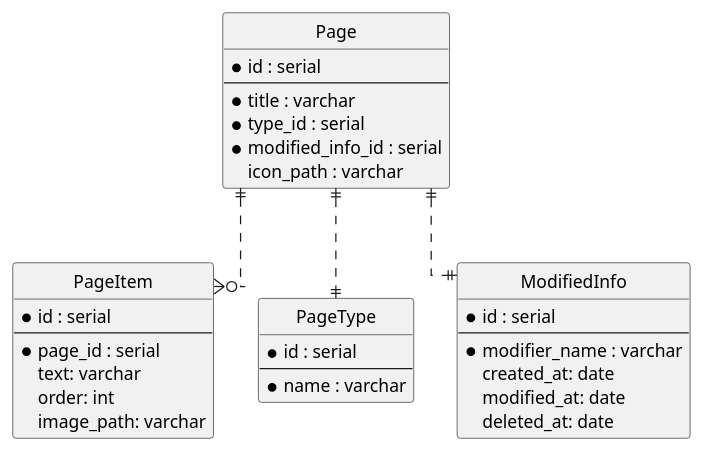
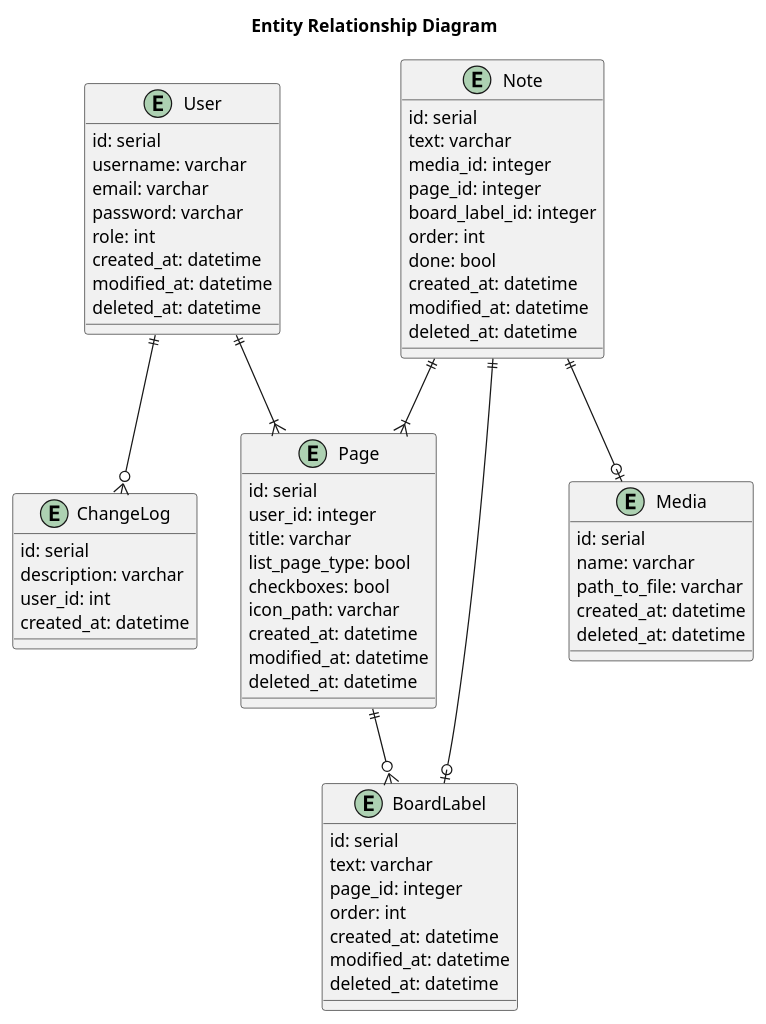
One commit to KrystofDavidek/notion-app changed the diagram in preparation/notion.plantuml. Above: the diagram before and after it, drawn with PlantUML. The commit also changed 1 other file, not shown here.

Commit message:
fix: updated ERD

```diff
--- a/preparation/notion.plantuml
+++ b/preparation/notion.plantuml
@@ -1,46 +1,74 @@
 @startuml
 
-' hide the spot
-hide circle
+title Entity Relationship Diagram
 
-' avoid problems with angled crows feet
-skinparam linetype ortho
+entity User {
+    id: serial
+    username: varchar
+    email: varchar
+    password: varchar
+    role: int
+    created_at: datetime
+    modified_at: datetime
+    deleted_at: datetime
+}
 
 entity Page {
-  *id : serial
-  --
-  *title : varchar
-  *type_id : serial
-  *modified_info_id : serial
-  icon_path : varchar
+    id: serial
+    user_id: integer
+    title: varchar
+    list_page_type: bool
+    checkboxes: bool
+    icon_path: varchar
+    created_at: datetime
+    modified_at: datetime
+    deleted_at: datetime
 }
 
-entity PageItem {
-    *id : serial
-    --
-    *page_id : serial
+entity BoardLabel {
+    id: serial
     text: varchar
+    page_id: integer
     order: int
-    image_path: varchar
+    created_at: datetime
+    modified_at: datetime
+    deleted_at: datetime
 }
 
-entity PageType {
-    *id : serial
-    --
-    *name : varchar
+entity Note {
+    id: serial
+    text: varchar
+    media_id: integer
+    page_id: integer
+    board_label_id: integer
+    order: int
+    done: bool
+    created_at: datetime
+    modified_at: datetime
+    deleted_at: datetime
 }
 
-entity ModifiedInfo {
-    *id : serial
-    --
-    *modifier_name : varchar
-    created_at: date
-    modified_at: date
-    deleted_at: date
+
+entity Media {
+    id: serial
+    name: varchar
+    path_to_file: varchar
+    created_at: datetime
+    deleted_at: datetime
 }
 
-Page ||..o{ PageItem
-Page ||..|| ModifiedInfo
-Page ||..|| PageType
+entity ChangeLog{
+    id: serial
+    description: varchar
+    user_id: int
+    created_at: datetime
+}
+
+Page ||--o{ BoardLabel
+Note ||--o| BoardLabel
+Note ||--|{ Page
+Note ||--o| Media
+User ||--|{ Page
+User ||--o{ ChangeLog
 
 @enduml
```
